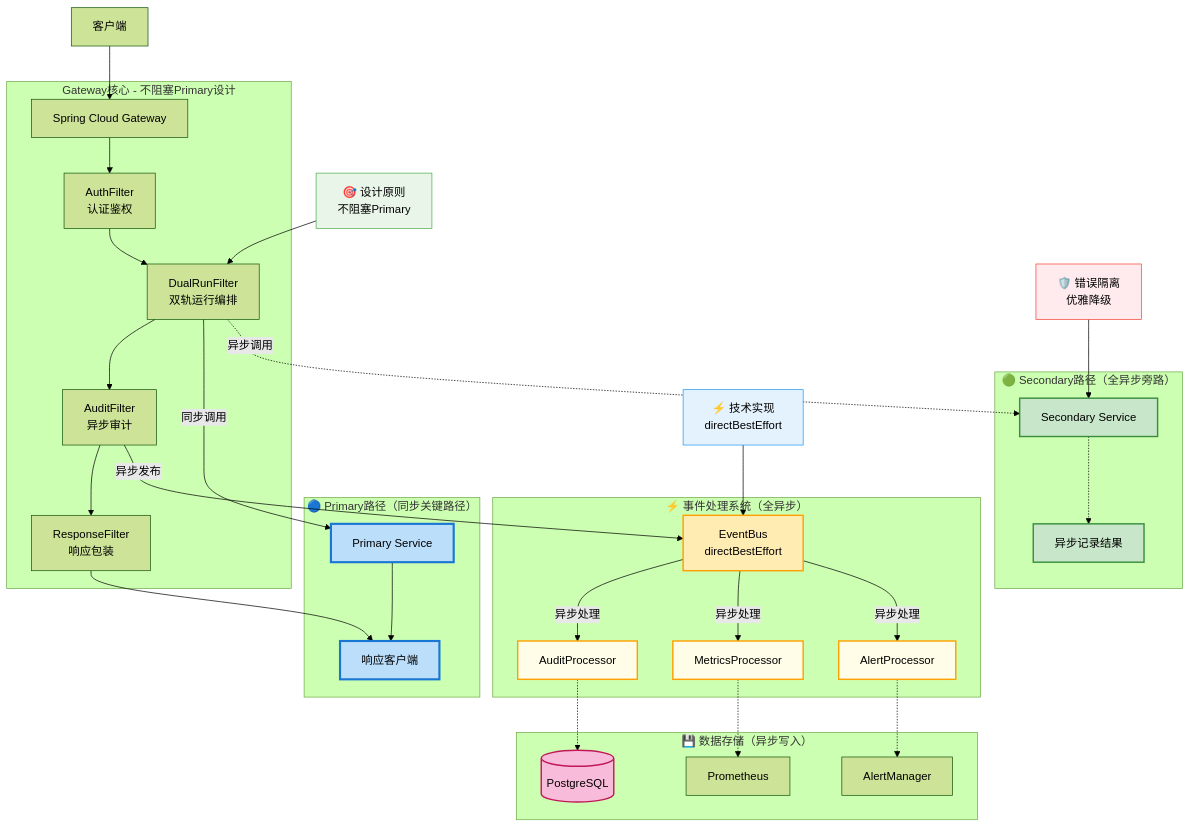
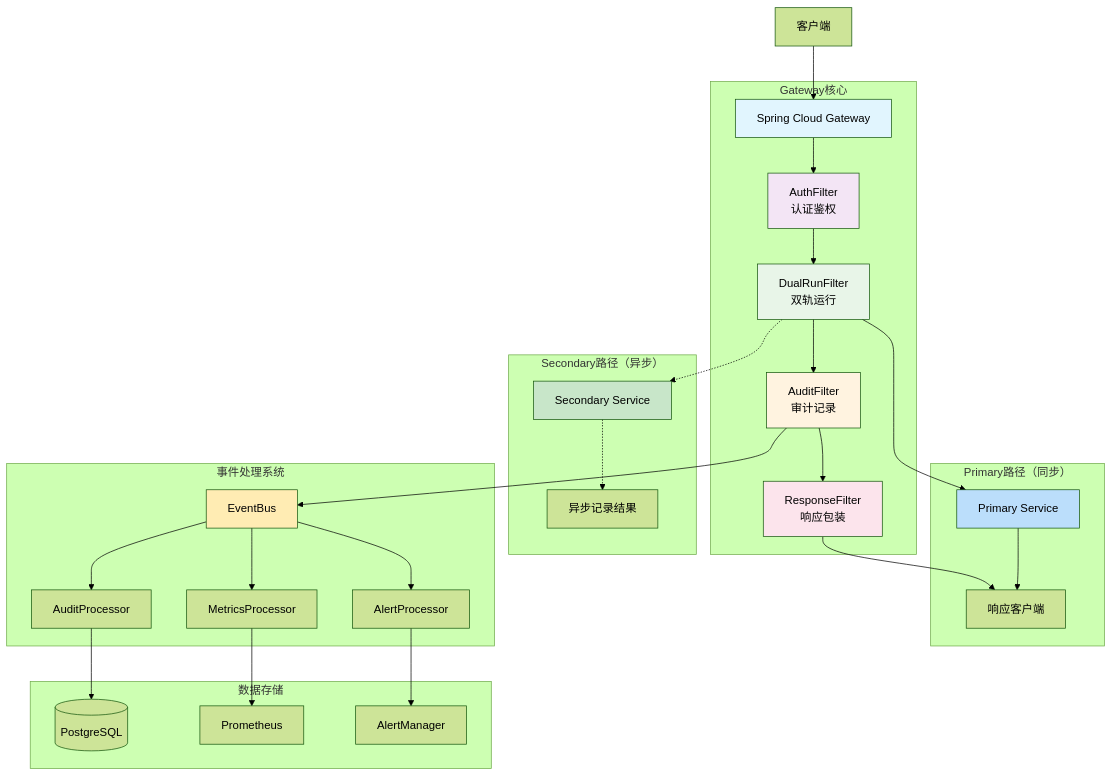
Before and after one commit to waylondev/terminal: the first of 14 diagrams in assets/architecture-diagrams-new.md, drawn with Mermaid (forest theme). The commit also changed 1 other file, not shown here.

Commit message:
docs: update architecture design with correct operator
The cache() operator was replaced with publish().autoConnect(2) to ensure body re-readability in the architecture design document.

````diff
--- a/assets/architecture-diagrams-new.md
+++ b/assets/architecture-diagrams-new.md
@@ -7,64 +7,45 @@
 ```mermaid
 graph TB
     A[客户端] --> B[Spring Cloud Gateway]
     
-    subgraph "Gateway核心 - 不阻塞Primary设计"
+    subgraph "Gateway核心"
         B --> C[AuthFilter<br/>认证鉴权]
-        C --> D[DualRunFilter<br/>双轨运行编排]
-        D --> E[AuditFilter<br/>异步审计]
+        C --> D[DualRunFilter<br/>双轨运行]
+        D --> E[AuditFilter<br/>审计记录]
         E --> F[ResponseFilter<br/>响应包装]
     end
     
-    subgraph "🔵 Primary路径（同步关键路径）"
-        D -->|同步调用| G[Primary Service]
+    subgraph "Primary路径（同步）"
+        D --> G[Primary Service]
         G --> H[响应客户端]
-        
-        style G fill:#bbdefb,stroke:#1976d2,stroke-width:3px
-        style H fill:#bbdefb,stroke:#1976d2,stroke-width:3px
     end
     
-    subgraph "🟢 Secondary路径（全异步旁路）"
-        D -.->|异步调用| I[Secondary Service]
+    subgraph "Secondary路径（异步）"
+        D -.-> I[Secondary Service]
         I -.-> J[异步记录结果]
-        
-        style I fill:#c8e6c9,stroke:#388e3c,stroke-width:2px
-        style J fill:#c8e6c9,stroke:#388e3c,stroke-width:2px
     end
     
-    subgraph "⚡ 事件处理系统（全异步）"
-        E -->|异步发布| K[EventBus<br/>directBestEffort]
-        K -->|异步处理| L[AuditProcessor]
-        K -->|异步处理| M[MetricsProcessor]
-        K -->|异步处理| N[AlertProcessor]
-        
-        style K fill:#ffecb3,stroke:#ffa000,stroke-width:2px
+    subgraph "事件处理系统"
+        E --> K[EventBus]
+        K --> L[AuditProcessor]
+        K --> M[MetricsProcessor]
+        K --> N[AlertProcessor]
     end
     
-    subgraph "💾 数据存储（异步写入）"
-        L -.-> O[(PostgreSQL)]
-        M -.-> P[Prometheus]
-        N -.-> Q[AlertManager]
-        
-        style O fill:#f8bbd9,stroke:#c2185b,stroke-width:2px
+    subgraph "数据存储"
+        L --> O[(PostgreSQL)]
+        M --> P[Prometheus]
+        N --> Q[AlertManager]
     end
     
     F --> H
     
-    %% 关键路径标注
-    classDef primaryPath fill:#e3f2fd,stroke:#1976d2,stroke-width:3px
-    classDef asyncPath fill:#f1f8e9,stroke:#388e3c,stroke-width:2px,dashed
-    classDef eventPath fill:#fffde7,stroke:#ffa000,stroke-width:2px
-    
-    class G,H primaryPath
-    class I,J asyncPath
-    class K,L,M,N eventPath
-    
-    %% 设计原则标注
-    P1["🎯 设计原则<br/>不阻塞Primary"] --> D
-    P2["⚡ 技术实现<br/>directBestEffort"] --> K
-    P3["🛡️ 错误隔离<br/>优雅降级"] --> I
-    
-    style P1 fill:#e8f5e8,stroke:#4caf50
-    style P2 fill:#e3f2fd,stroke:#2196f3
-    style P3 fill:#ffebee,stroke:#f44336
+    style B fill:#e1f5fe
+    style C fill:#f3e5f5
+    style D fill:#e8f5e8
+    style E fill:#fff3e0
+    style F fill:#fce4ec
+    style G fill:#bbdefb
+    style I fill:#c8e6c9
+    style K fill:#ffecb3
 ```
````
